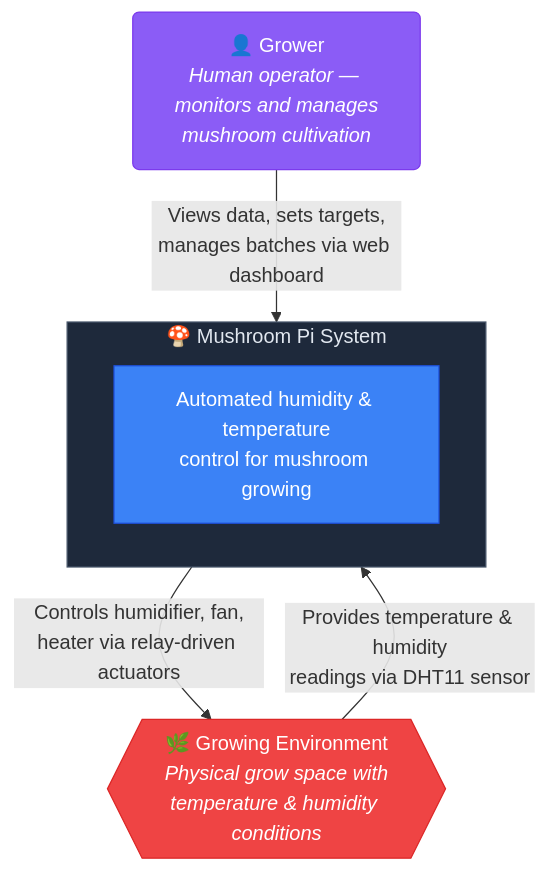
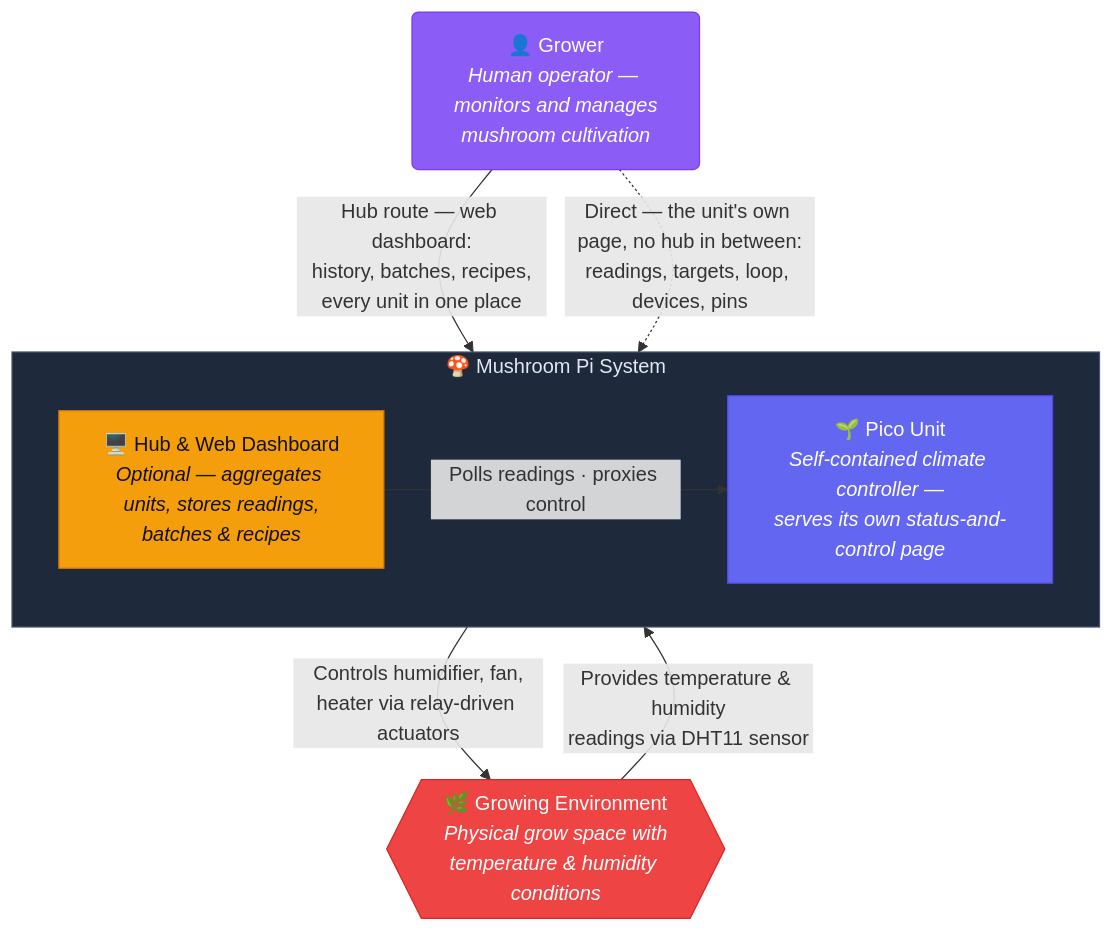
Before and after one commit to mushroom-pi/mushpi-docs: the diagram in architecture/c4-context.mdx, drawn with Mermaid. The commit also changed other lines of this file and 1 other file, not shown here.

Commit message:
docs(c4): show the Pico unit's own page in the context and container diagrams
Add the grower's direct route to each unit's self-served status-and-control
page alongside the hub dashboard route in C4 Level 1 and Level 2, and stop
describing the web dashboard as the sole interaction surface.

In the container diagram, split the Pico unit's page into the firmware's
REST API and the UI that consumes it: the Backend API polls and proxies the
REST API, the page is a client of that same API, and the grower reaches the
UI directly with no hub in between. The Pico container is annotated [1..n]
to show one hub driving many units.

The unit page's full operator set is listed, the mock is described as
serving the same page labelled simulated, "runs on a single hub machine" is
reworded to name only the hub-side tiers, and both levels now agree with
Level 3 and the unit-page product docs.

Refs: mushpi-docs#28

````diff
--- a/architecture/c4-context.mdx
+++ b/architecture/c4-context.mdx
@@ -6,25 +6,30 @@
 ```mermaid
 flowchart TB
     GROWER("👤 Grower<br/><i>Human operator — monitors and manages<br/>mushroom cultivation</i>")
 
     subgraph MUSHROOM_PI["🍄 Mushroom Pi System"]
         direction LR
-        SYSTEM["Automated humidity & temperature<br/>control for mushroom growing"]
+        UNIT["🌱 Pico Unit<br/><i>Self-contained climate controller —<br/>serves its own status-and-control page</i>"]
+        HUB["🖥️ Hub & Web Dashboard<br/><i>Optional — aggregates units, stores readings,<br/>batches & recipes</i>"]
     end
 
     ENVIRONMENT{{"🌿 Growing Environment<br/><i>Physical grow space with<br/>temperature & humidity conditions</i>"}}
 
-    GROWER -->|"Views data, sets targets,<br/>manages batches via web dashboard"| SYSTEM
-    SYSTEM -->|"Controls humidifier, fan,<br/>heater via relay-driven actuators"| ENVIRONMENT
-    ENVIRONMENT -->|"Provides temperature & humidity<br/>readings via DHT11 sensor"| SYSTEM
+    GROWER -->|"Hub route — web dashboard:<br/>history, batches, recipes,<br/>every unit in one place"| HUB
+    GROWER -.->|"Direct — the unit's own page, no hub in between:<br/>readings, targets, loop, devices, pins"| UNIT
+    HUB -->|"Polls readings · proxies control"| UNIT
+    UNIT -->|"Controls humidifier, fan,<br/>heater via relay-driven actuators"| ENVIRONMENT
+    ENVIRONMENT -->|"Provides temperature & humidity<br/>readings via DHT11 sensor"| UNIT
 
     classDef user fill:#8b5cf6,stroke:#7c3aed,color:#fff
+    classDef grow fill:#6366f1,stroke:#4f46e5,color:#fff
+    classDef server fill:#f59e0b,stroke:#d97706,color:#111
     classDef ext fill:#ef4444,stroke:#dc2626,color:#fff
-    classDef system fill:#3b82f6,stroke:#1d4ed8,color:#fff
 
     class GROWER user
+    class UNIT grow
+    class HUB server
     class ENVIRONMENT ext
-    class SYSTEM system
 
     style MUSHROOM_PI fill:#1e293b,stroke:#475569,color:#e2e8f0
 ```
````
